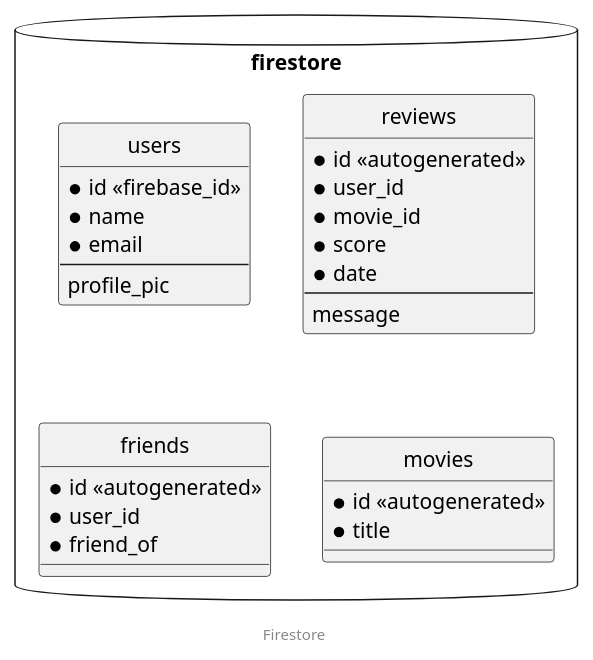
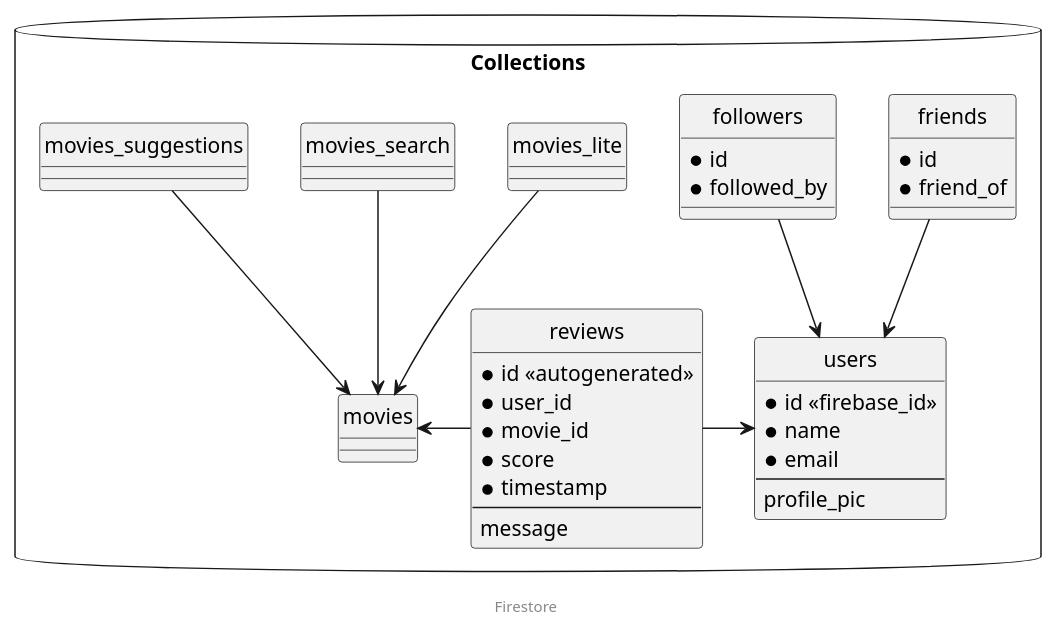
One commit to Wallakoala/MovieLix changed the diagram in Documentation/src/Diagrams/firestore.puml. Above: the diagram before and after it, drawn with PlantUML. The commit also changed 7 other files, not shown here.

```diff
--- a/Documentation/src/Diagrams/firestore.puml
+++ b/Documentation/src/Diagrams/firestore.puml
@@ -1,41 +1,60 @@
 @startuml
 
 skinparam componentStyle uml2
 skinparam monochrome true
 
 hide circle
 
 footer Firestore
 
-database firestore {
+database Collections {
     entity users {
         * id <<firebase_id>>
         * name
         * email
         ---
         profile_pic
     }
 
     entity reviews {
         * id <<autogenerated>>
         * user_id
         * movie_id
         * score
-        * date
+        * timestamp
         ---
         message
     }
 
     entity friends {
-        * id <<autogenerated>>
-        * user_id
+        * id
         * friend_of
     }
 
+    entity followers {
+        * id
+        * followed_by
+    }
+
     entity movies {
-        * id <<autogenerated>>
-        * title
+    }
+
+    entity movies_lite {
+    }
+
+    entity movies_search {
+    }
+
+    entity movies_suggestions {
     }
 }
 
+followers --> users
+friends --> users
+reviews -right-> users
+reviews -left-> movies
+movies_suggestions --> movies
+movies_lite --> movies
+movies_search --> movies
+
 @enduml
```
